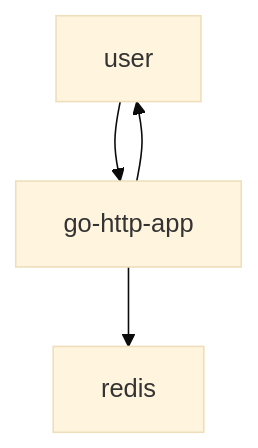
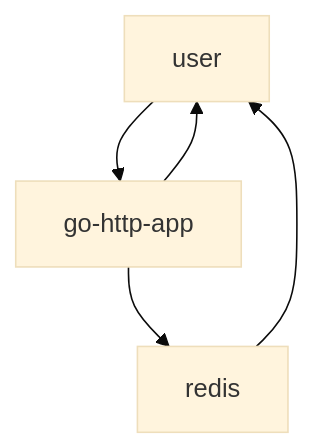
The fourth of 4 diagrams in README.md (lola-pola/http-go-based), drawn with Mermaid (base theme) before and after one commit.

````diff
--- a/README.md
+++ b/README.md
@@ -57,6 +57,7 @@
 ```mermaid
 graph TD;
     user-->go-http-app;
     go-http-app-->redis;
     go-http-app-->user;
+    redis-->user;
 ```
````
